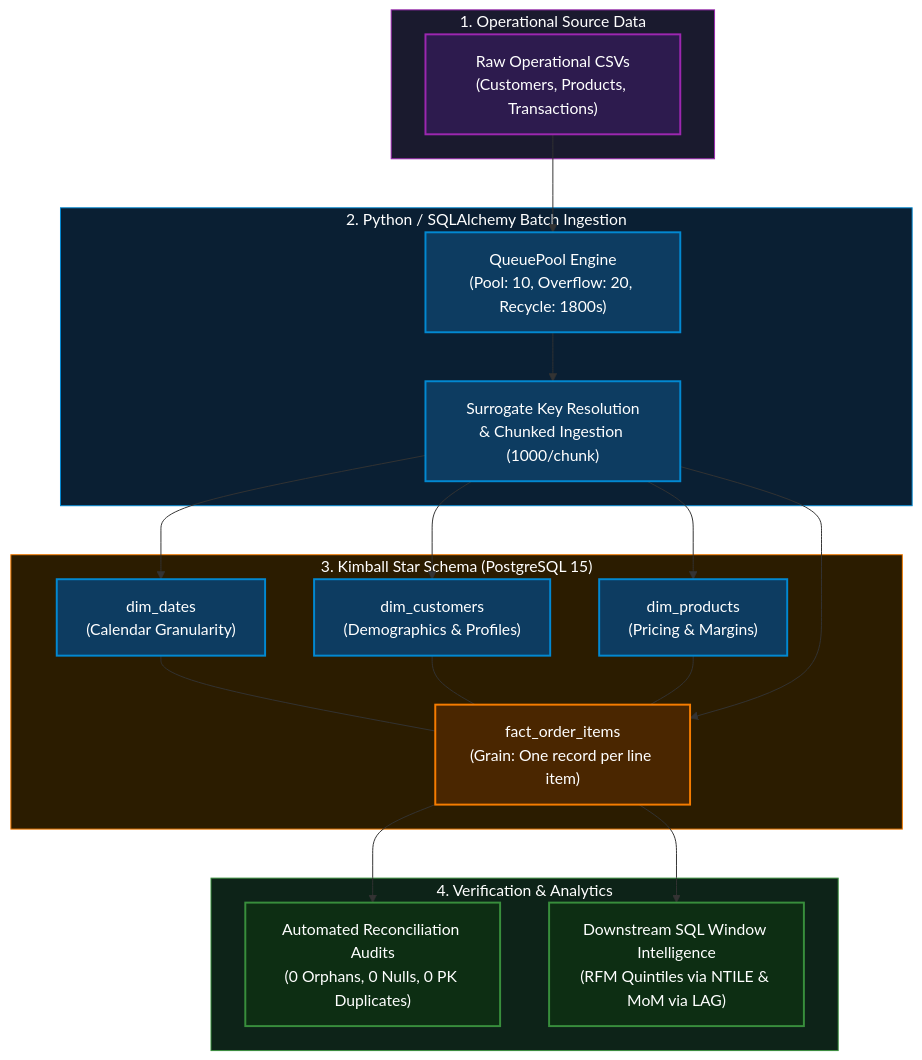
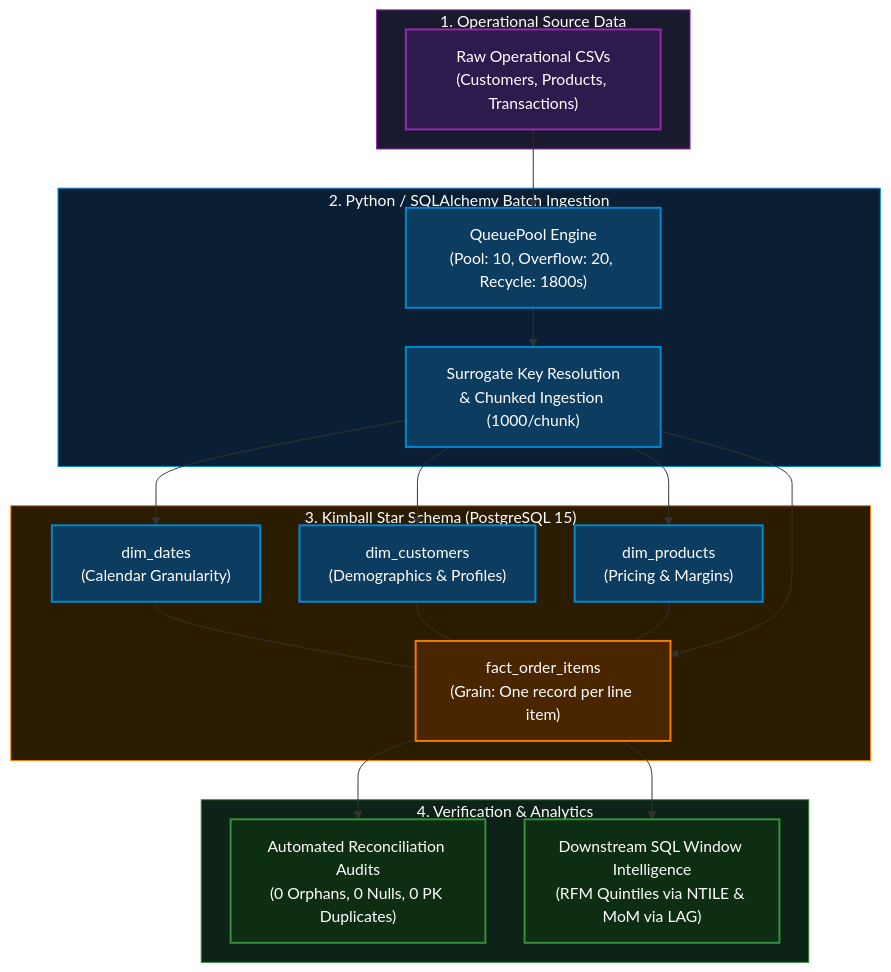
The first of 2 diagrams in README.md (arsalankazi/ecommerce-data-warehouse-analytics), drawn with Mermaid before and after one commit. The commit also changed other lines of this file and 8 other files, not shown here.

````diff
--- a/README.md
+++ b/README.md
@@ -22,51 +24,52 @@
 ```mermaid
+%%{init: {'themeVariables': {'edgeLabelBackground': '#0d3c61', 'textColor': '#ffffff'}, 'flowchart': {'nodeSpacing': 40, 'rankSpacing': 40}}}%%
 flowchart TD
     subgraph Sources ["1. Operational Source Data"]
         RAW["Raw Operational CSVs<br/>(Customers, Products, Transactions)"]
     end
 
     subgraph IngestionEngine ["2. Python / SQLAlchemy Batch Ingestion"]
         POOL["QueuePool Engine<br/>(Pool: 10, Overflow: 20, Recycle: 1800s)"]
         TRANSFORM["Surrogate Key Resolution<br/>& Chunked Ingestion (1000/chunk)"]
         POOL --> TRANSFORM
     end
 
     subgraph StarSchema ["3. Kimball Star Schema (PostgreSQL 15)"]
         DIM_D["dim_dates<br/>(Calendar Granularity)"]
         DIM_C["dim_customers<br/>(Demographics & Profiles)"]
         DIM_P["dim_products<br/>(Pricing & Margins)"]
         FACT["fact_order_items<br/>(Grain: One record per line item)"]
 
         DIM_D --- FACT
         DIM_C --- FACT
         DIM_P --- FACT
     end
 
     subgraph Downstream ["4. Verification & Analytics"]
         QA["Automated Reconciliation Audits<br/>(0 Orphans, 0 Nulls, 0 PK Duplicates)"]
         ANALYTICS["Downstream SQL Window Intelligence<br/>(RFM Quintiles via NTILE & MoM via LAG)"]
     end
 
     RAW --> POOL
     TRANSFORM --> DIM_D
     TRANSFORM --> DIM_C
     TRANSFORM --> DIM_P
     TRANSFORM --> FACT
     FACT --> QA
     FACT --> ANALYTICS
 
     classDef ingestion fill:#2d1b4e,stroke:#9c27b0,stroke-width:2px,color:#ffffff;
     classDef compute fill:#0d3c61,stroke:#0288d1,stroke-width:2px,color:#ffffff;
     classDef fact fill:#4a2600,stroke:#f57c00,stroke-width:2px,color:#ffffff;
     classDef audit fill:#0d2e13,stroke:#388e3c,stroke-width:2px,color:#ffffff;
 
     class RAW ingestion;
     class POOL,TRANSFORM,DIM_D,DIM_C,DIM_P compute;
     class FACT fact;
     class QA,ANALYTICS audit;
 
     style Sources fill:#1a1a2e,stroke:#9c27b0,stroke-width:1px,color:#ffffff
     style IngestionEngine fill:#0a1f33,stroke:#0288d1,stroke-width:1px,color:#ffffff
     style StarSchema fill:#2b1c00,stroke:#f57c00,stroke-width:1px,color:#ffffff
     style Downstream fill:#0d2318,stroke:#388e3c,stroke-width:1px,color:#ffffff
 ```
````
